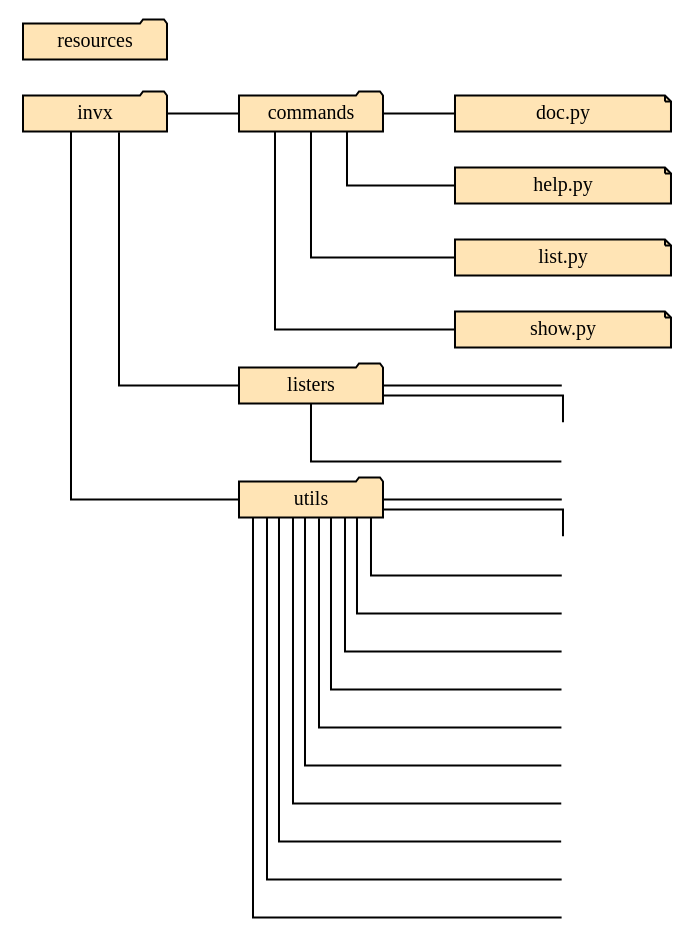
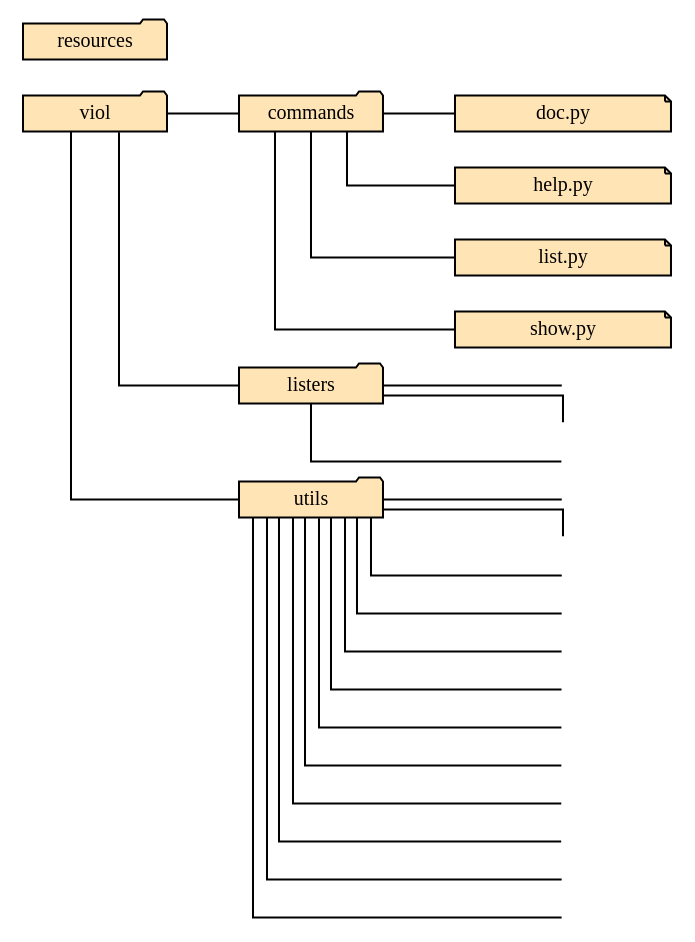
The diagram in docs/api/tree.dot (tracecutter/viol), drawn with Graphviz before and after one commit. The commit also changed 119 other files, not shown here.

```diff
--- a/docs/api/tree.dot
+++ b/docs/api/tree.dot
@@ -1,46 +1,46 @@
 digraph 
 	{
 	splines=ortho;
 	concentrate=true;
 	graph [rankdir=LR];
 
 	node [shape=folder font="courier" fontsize=10 width=1.0 height=.25 style="filled" fillcolor="moccasin" fixedsize=true];
-	invx [label="invx"];
+	viol [label="viol"];
 	commands [label="commands"];
 	listers [label="listers"];
 	utils [label="utils"];
 	resources [label="resources"];
 
 	node [shape=note width=1.5 style="filled" fillcolor="moccasin" fixedsize=true];
 	doc [label="doc.py"];
 	help [label="help.py"];
 	list [label="list.py"];
 	show [label="show.py"];
 
 	node [shape=none style="" fillcolor="" width=0 height=0 label=""];
 
 	edge[dir=none];
 
-	invx -> commands [len=1 weight=100];
+	viol -> commands [len=1 weight=100];
 	       commands -> doc [len=1 weight=100];
 	       commands -> help;
 	       commands -> show;
 	       commands -> list;
-	invx -> listers;
+	viol -> listers;
 	       listers -> listers_init [len=1 weight=100];
 	       listers -> prj;
 	       listers -> lister_base;
-	invx -> utils;
+	viol -> utils;
 	       utils -> utils_init [len=1 weight=100];
 	       utils -> cli;
 	       utils -> cli_args;
 	       utils -> cli_opt_files;
 	       utils -> cli_options;
 	       utils -> cli_parser;
 	       utils -> compat;
 	       utils -> eval_cpp;
 	       utils -> log;
 	       utils -> terminal_size;
 	       utils -> util;
 	       utils -> util_str;
 	}
```
